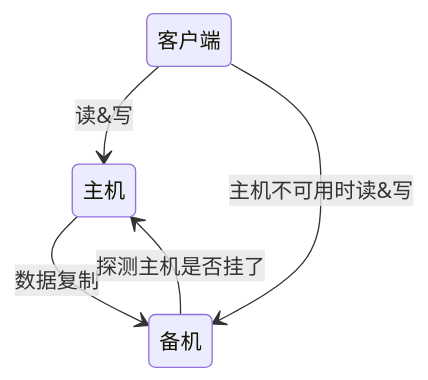
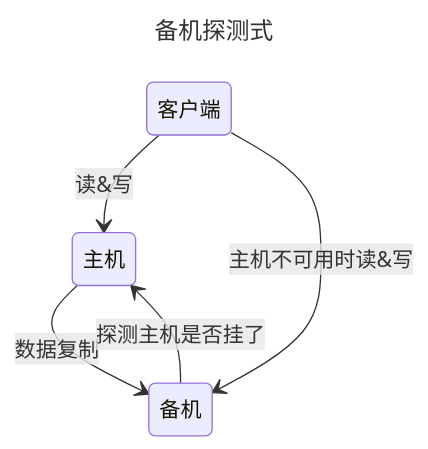
The third of 8 diagrams in doc/软件工程/架构/系统设计/可用性.md (0xcaffebabe/note), drawn with Mermaid before and after one commit. The commit also changed other lines of this file and 2 other files, not shown here.

````diff
--- a/doc/软件工程/架构/系统设计/可用性.md
+++ b/doc/软件工程/架构/系统设计/可用性.md
@@ -215,7 +176,10 @@
 ```mermaid
+---
+title: 备机探测式
+---
 stateDiagram-v2
   客户端 --> 主机: 读&写
   主机 --> 备机: 数据复制
   备机 --> 主机: 探测主机是否挂了
   客户端 --> 备机: 主机不可用时读&写
 ```
````
